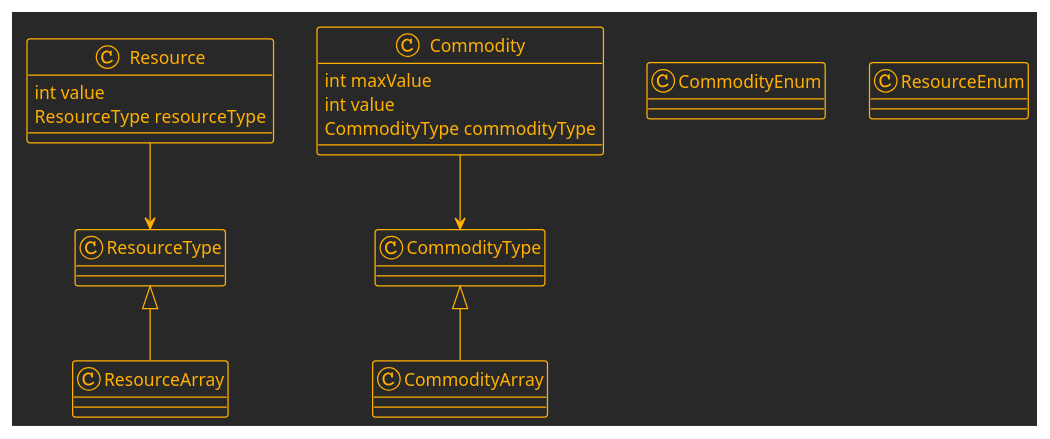
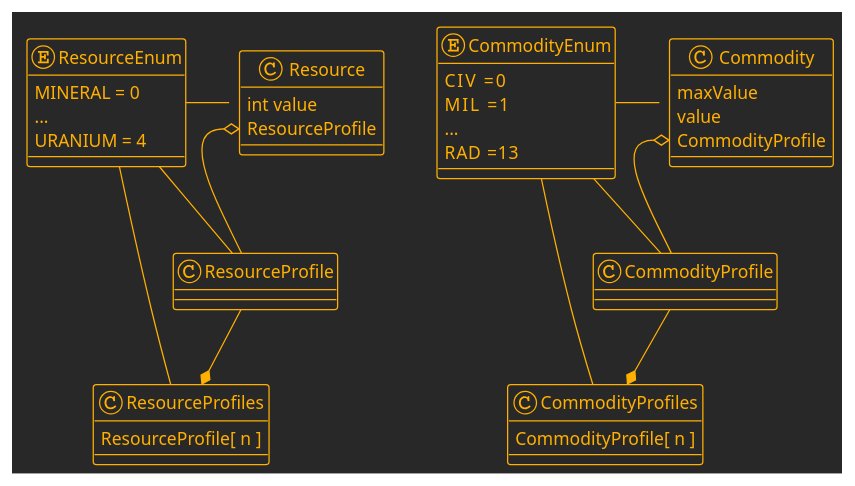
Before and after one commit to marknelsonengineer/empire: the sixth of 10 diagrams in DESIGN_CONCEPTS.md, drawn with PlantUML. The commit also changed other lines of this file and 6 other files, not shown here.

```diff
--- a/DESIGN_CONCEPTS.md
+++ b/DESIGN_CONCEPTS.md
@@ -204,29 +232,48 @@
 @startuml
 !theme crt-amber
 
-class CommodityEnum
-class CommodityType
-class CommodityArray
+enum CommodityEnum {
+  CIV   =0
+  MIL   =1
+  ...
+  RAD  =13
+}
+class CommodityProfile
+class CommodityProfiles {
+  CommodityProfile[ n ]
+}
 
 class Commodity {
-   int maxValue
-   int value
-   CommodityType commodityType
+   maxValue
+   value
+   CommodityProfile
 }
 
-CommodityArray   -up-|> CommodityType
-Commodity        -->    CommodityType
+CommodityProfile --*    CommodityProfiles
+Commodity::CommodityProfile        o--    CommodityProfile
+Commodity         -left-     CommodityEnum
+CommodityProfile  -left-     CommodityEnum
+CommodityProfiles -left-     CommodityEnum
 
 class Resource {
    int value
-   ResourceType resourceType
+   ResourceProfile
 }
 
-class ResourceEnum
-class ResourceType
-class ResourceArray
+enum ResourceEnum {
+  MINERAL = 0
+  ...
+  URANIUM = 4
+}
+class ResourceProfile
+class ResourceProfiles {
+  ResourceProfile[ n ]
+}
 
-ResourceArray   -up-|> ResourceType
-Resource        -->    ResourceType
+ResourceProfile --*    ResourceProfiles
+Resource::ResourceProfile        o--    ResourceProfile
+Resource         -left-     ResourceEnum
+ResourceProfile  -left-     ResourceEnum
+ResourceProfiles -left-     ResourceEnum
 
 @enduml
```
